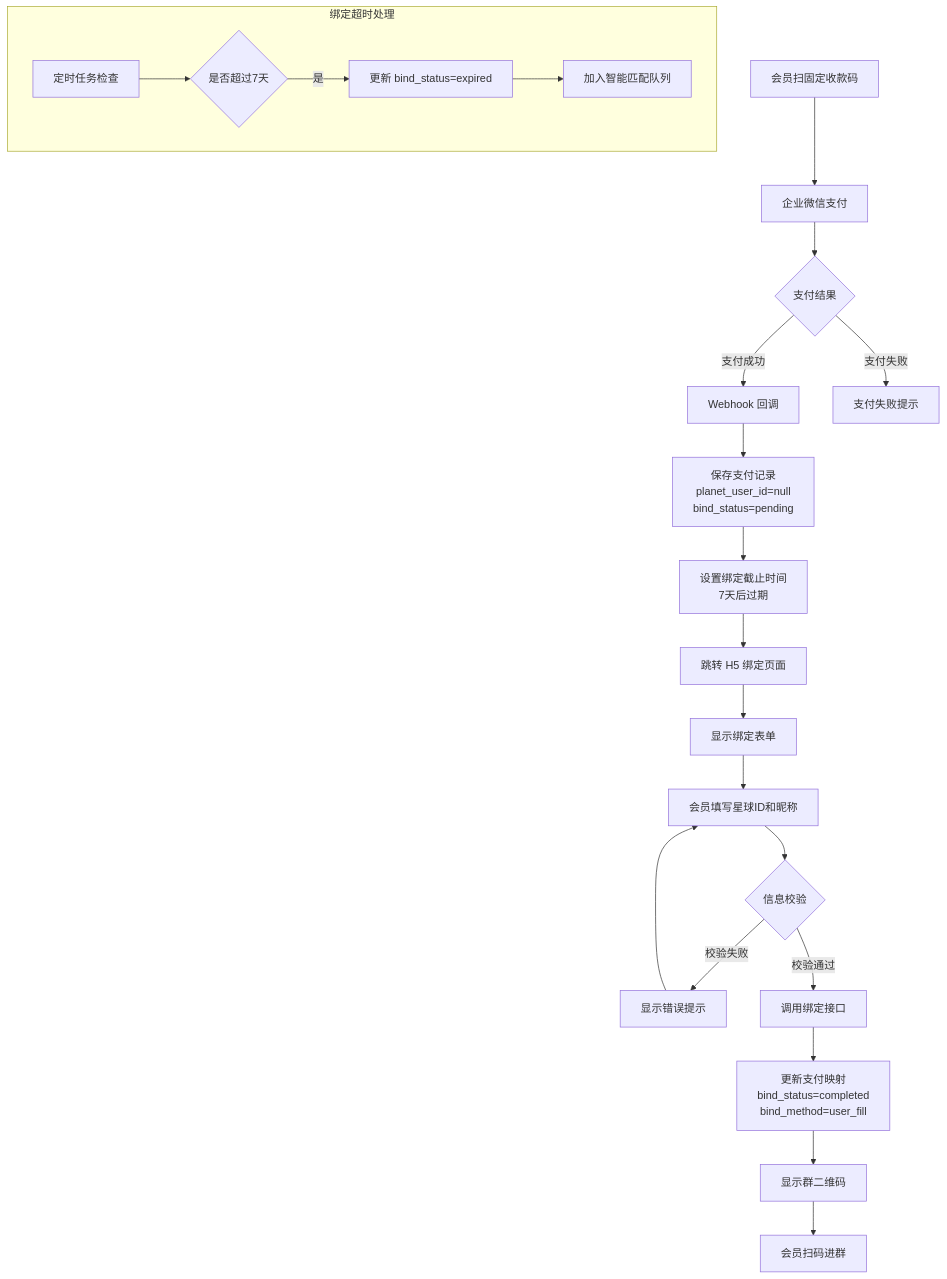
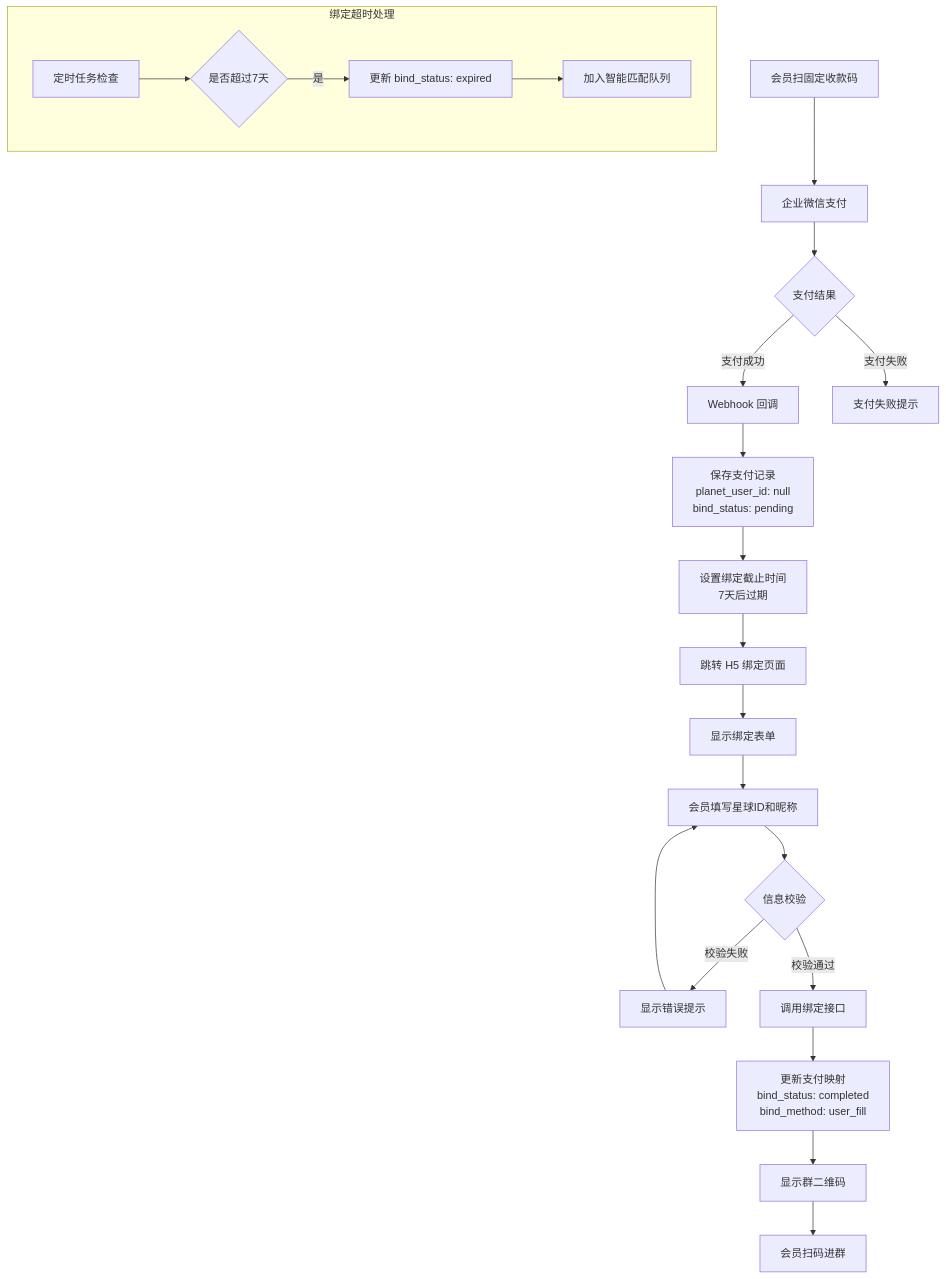
One commit to yiancode/AutoDepositRefundAgent changed the fourth of 16 diagrams in docs/v1/diagrams/业务流程图.md. Above: the diagram before and after it, drawn with Mermaid. The commit also changed other lines of this file and 9 other files, not shown here.

First line of the commit message:
docs: 整合所有图例到技术方案.md，形成完整技术评审文档

````diff
--- a/docs/v1/diagrams/业务流程图.md
+++ b/docs/v1/diagrams/业务流程图.md
@@ -112,30 +117,35 @@
 ```mermaid
 flowchart TD
     A[会员扫固定收款码] --> B[企业微信支付]
     B --> C{支付结果}
 
     C -->|支付成功| D[Webhook 回调]
     C -->|支付失败| E[支付失败提示]
 
-    D --> F[保存支付记录<br/>planet_user_id=null<br/>bind_status=pending]
-    F --> G[设置绑定截止时间<br/>7天后过期]
+    D --> F["保存支付记录
+    planet_user_id: null
+    bind_status: pending"]
+    F --> G["设置绑定截止时间
+    7天后过期"]
     G --> H[跳转 H5 绑定页面]
 
     H --> I[显示绑定表单]
     I --> J[会员填写星球ID和昵称]
     J --> K{信息校验}
 
     K -->|校验失败| L[显示错误提示]
     L --> J
 
     K -->|校验通过| M[调用绑定接口]
-    M --> N[更新支付映射<br/>bind_status=completed<br/>bind_method=user_fill]
+    M --> N["更新支付映射
+    bind_status: completed
+    bind_method: user_fill"]
     N --> O[显示群二维码]
     O --> P[会员扫码进群]
 
     subgraph 绑定超时处理
         Q[定时任务检查] --> R{是否超过7天}
-        R -->|是| S[更新 bind_status=expired]
+        R -->|是| S["更新 bind_status: expired"]
         S --> T[加入智能匹配队列]
     end
 ```
````
